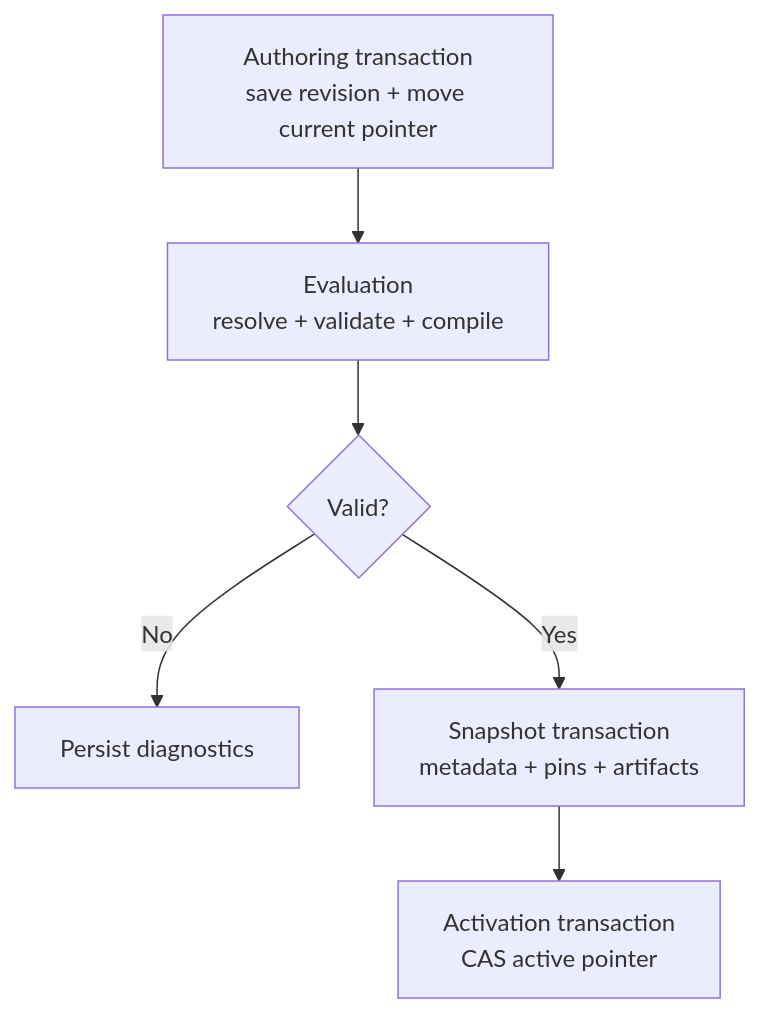
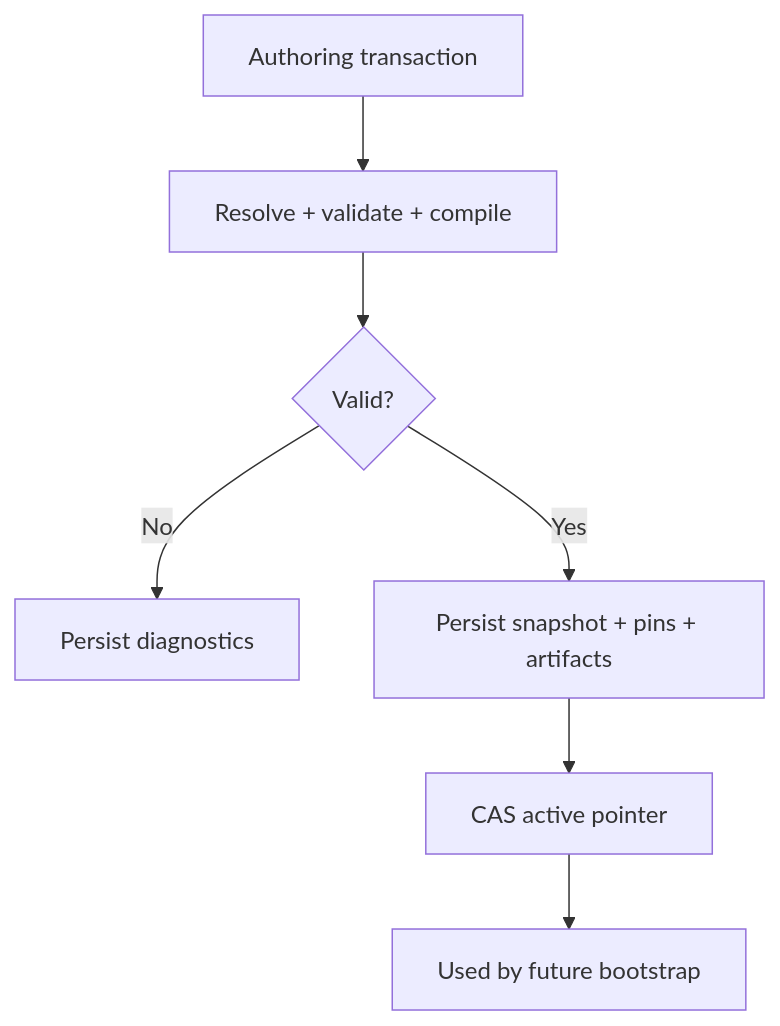
The tenth of 11 diagrams in content/versions/v0/developer/resource-runtime.mdx (taskmigo/docs), drawn with Mermaid before and after one commit. The commit also changed other lines of this file, not shown here.

````diff
--- a/content/versions/v0/developer/resource-runtime.mdx
+++ b/content/versions/v0/developer/resource-runtime.mdx
@@ -339,8 +270,9 @@
 ```mermaid
 flowchart TD
-  save["Authoring transaction\nsave revision + move current pointer"] --> evaluate["Evaluation\nresolve + validate + compile"]
+  save["Authoring transaction"] --> evaluate["Resolve + validate + compile"]
   evaluate --> valid{"Valid?"}
-  valid -->|No| diagnostics["Persist diagnostics"]
-  valid -->|Yes| snapshot["Snapshot transaction\nmetadata + pins + artifacts"]
-  snapshot --> activation["Activation transaction\nCAS active pointer"]
+  valid -->|"No"| diagnostics["Persist diagnostics"]
+  valid -->|"Yes"| snapshot["Persist snapshot + pins + artifacts"]
+  snapshot --> activation["CAS active pointer"]
+  activation --> newbinding["Used by future bootstrap"]
 ```
````
